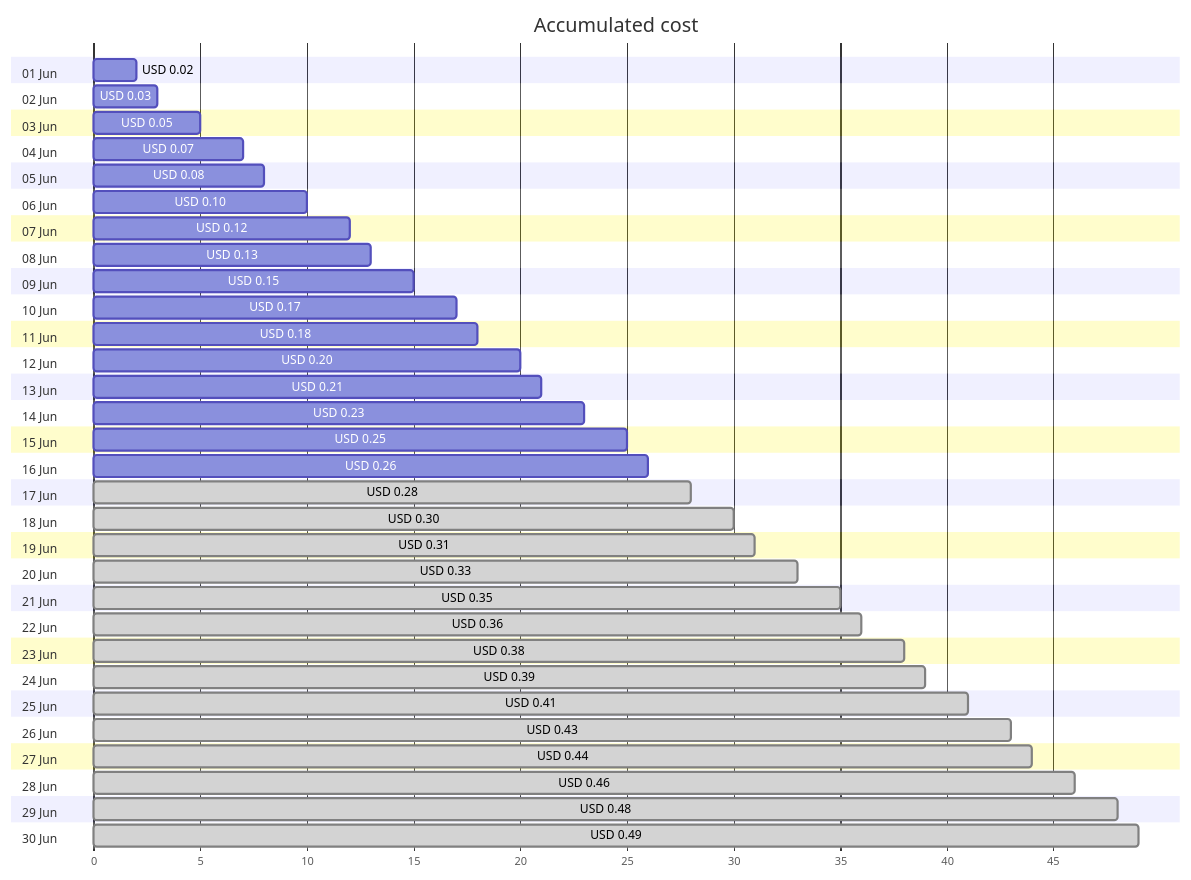
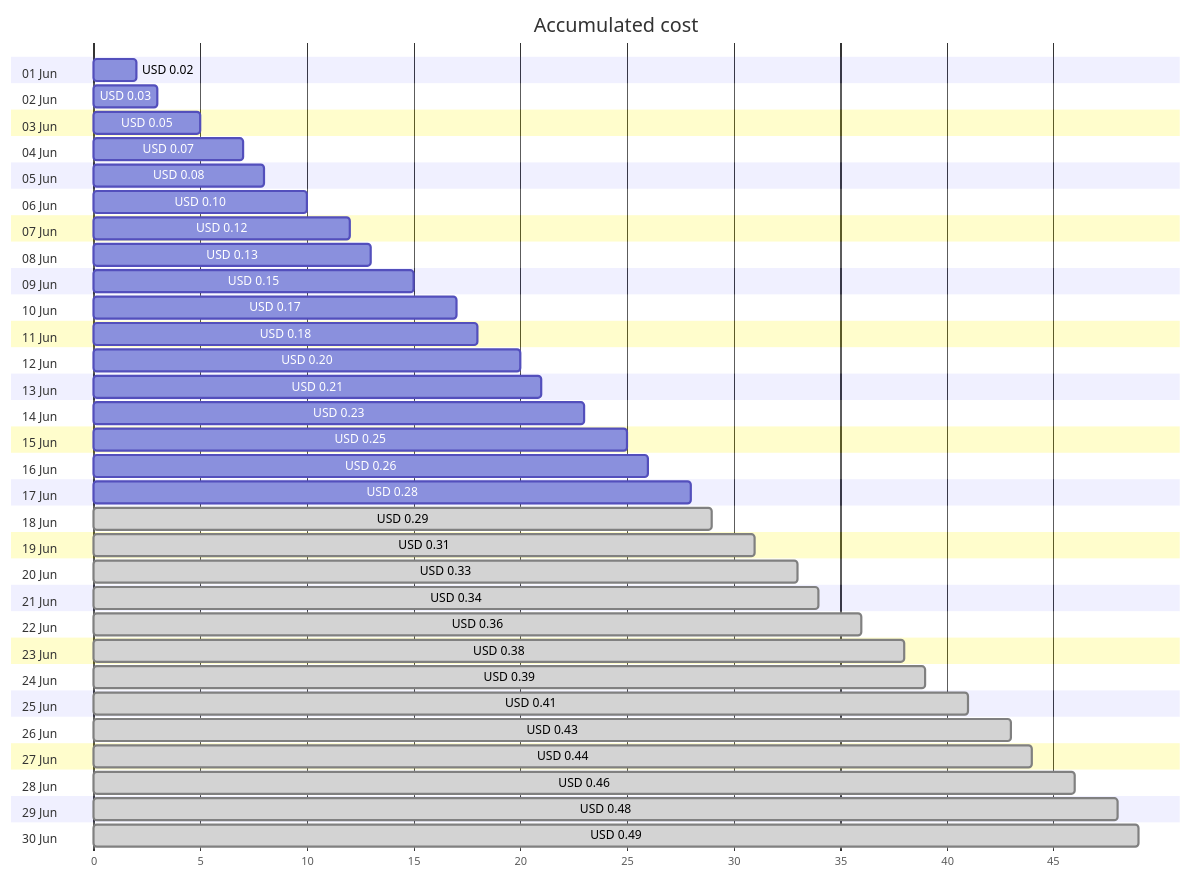
One commit to jpfulton/azure-personal-reports changed the first of 4 diagrams in cost-reports/personal-dns/jpatrickfulton.dev.md. Above: the diagram before and after it, drawn with Mermaid. The commit also changed other lines of this file and 2 other files, not shown here.

````diff
--- a/cost-reports/personal-dns/jpatrickfulton.dev.md
+++ b/cost-reports/personal-dns/jpatrickfulton.dev.md
@@ -20,66 +20,66 @@
 ```mermaid
 gantt
    title Accumulated cost
    dateFormat  X
    axisFormat %s
    section 01 Jun
    USD 0.02 :0, 2
    section 02 Jun
    USD 0.03 :0, 3
    section 03 Jun
    USD 0.05 :0, 5
    section 04 Jun
    USD 0.07 :0, 7
    section 05 Jun
    USD 0.08 :0, 8
    section 06 Jun
    USD 0.10 :0, 10
    section 07 Jun
    USD 0.12 :0, 12
    section 08 Jun
    USD 0.13 :0, 13
    section 09 Jun
    USD 0.15 :0, 15
    section 10 Jun
    USD 0.17 :0, 17
    section 11 Jun
    USD 0.18 :0, 18
    section 12 Jun
    USD 0.20 :0, 20
    section 13 Jun
    USD 0.21 :0, 21
    section 14 Jun
    USD 0.23 :0, 23
    section 15 Jun
    USD 0.25 :0, 25
    section 16 Jun
    USD 0.26 :0, 26
    section 17 Jun
-   USD 0.28 : done, 0, 28
+   USD 0.28 :0, 28
    section 18 Jun
-   USD 0.30 : done, 0, 30
+   USD 0.29 : done, 0, 29
    section 19 Jun
    USD 0.31 : done, 0, 31
    section 20 Jun
    USD 0.33 : done, 0, 33
    section 21 Jun
-   USD 0.35 : done, 0, 35
+   USD 0.34 : done, 0, 34
    section 22 Jun
    USD 0.36 : done, 0, 36
    section 23 Jun
    USD 0.38 : done, 0, 38
    section 24 Jun
    USD 0.39 : done, 0, 39
    section 25 Jun
    USD 0.41 : done, 0, 41
    section 26 Jun
    USD 0.43 : done, 0, 43
    section 27 Jun
    USD 0.44 : done, 0, 44
    section 28 Jun
    USD 0.46 : done, 0, 46
    section 29 Jun
    USD 0.48 : done, 0, 48
    section 30 Jun
    USD 0.49 : done, 0, 49
 ```
````
